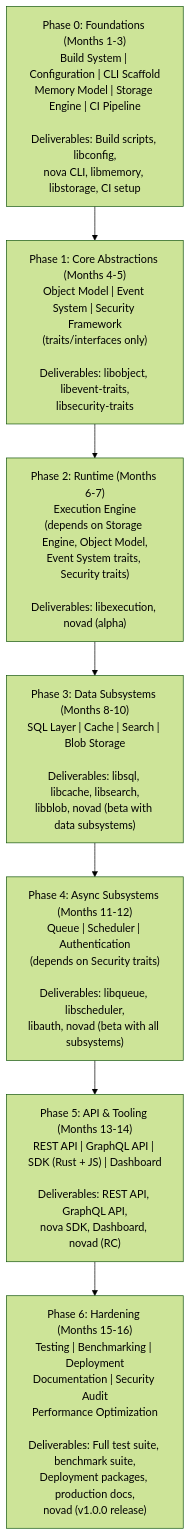
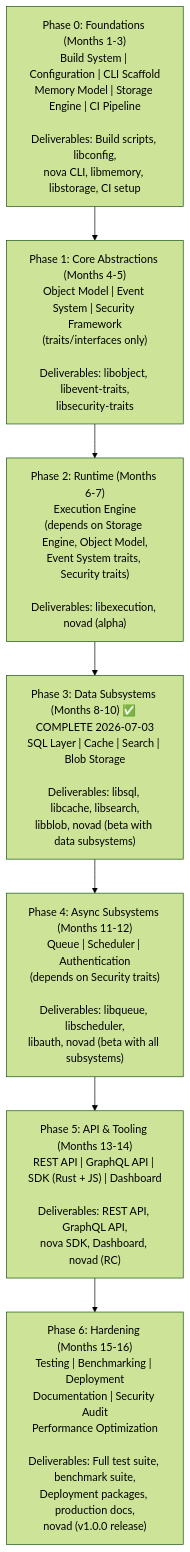
One commit to Icarus-afk/Nova-Runtime changed the first of 6 diagrams in docs/30-development-roadmap.md. Above: the diagram before and after it, drawn with Mermaid (forest theme). The commit also changed other lines of this file and 7 other files, not shown here.

First line of the commit message:
Update architecture docs to match Phase 3 implementation

````diff
--- a/docs/30-development-roadmap.md
+++ b/docs/30-development-roadmap.md
@@ -53,12 +53,12 @@
 ```mermaid
 graph TB
     P0["Phase 0: Foundations (Months 1-3)<br/>Build System | Configuration | CLI Scaffold<br/>Memory Model | Storage Engine | CI Pipeline<br/><br/>Deliverables: Build scripts, libconfig,<br/>nova CLI, libmemory, libstorage, CI setup"]
     P1["Phase 1: Core Abstractions (Months 4-5)<br/>Object Model | Event System | Security Framework<br/>(traits/interfaces only)<br/><br/>Deliverables: libobject, libevent-traits,<br/>libsecurity-traits"]
     P2["Phase 2: Runtime (Months 6-7)<br/>Execution Engine<br/>(depends on Storage Engine, Object Model,<br/>Event System traits, Security traits)<br/><br/>Deliverables: libexecution, novad (alpha)"]
-    P3["Phase 3: Data Subsystems (Months 8-10)<br/>SQL Layer | Cache | Search | Blob Storage<br/><br/>Deliverables: libsql, libcache, libsearch,<br/>libblob, novad (beta with data subsystems)"]
+    P3["Phase 3: Data Subsystems (Months 8-10) ✅ COMPLETE 2026-07-03<br/>SQL Layer | Cache | Search | Blob Storage<br/><br/>Deliverables: libsql, libcache, libsearch,<br/>libblob, novad (beta with data subsystems)"]
     P4["Phase 4: Async Subsystems (Months 11-12)<br/>Queue | Scheduler | Authentication<br/>(depends on Security traits)<br/><br/>Deliverables: libqueue, libscheduler,<br/>libauth, novad (beta with all subsystems)"]
     P5["Phase 5: API & Tooling (Months 13-14)<br/>REST API | GraphQL API | SDK (Rust + JS) | Dashboard<br/><br/>Deliverables: REST API, GraphQL API,<br/>nova SDK, Dashboard, novad (RC)"]
     P6["Phase 6: Hardening (Months 15-16)<br/>Testing | Benchmarking | Deployment<br/>Documentation | Security Audit<br/>Performance Optimization<br/><br/>Deliverables: Full test suite, benchmark suite,<br/>Deployment packages, production docs,<br/>novad (v1.0.0 release)"]
 
     P0 --> P1 --> P2 --> P3 --> P4 --> P5 --> P6
 ```
````
